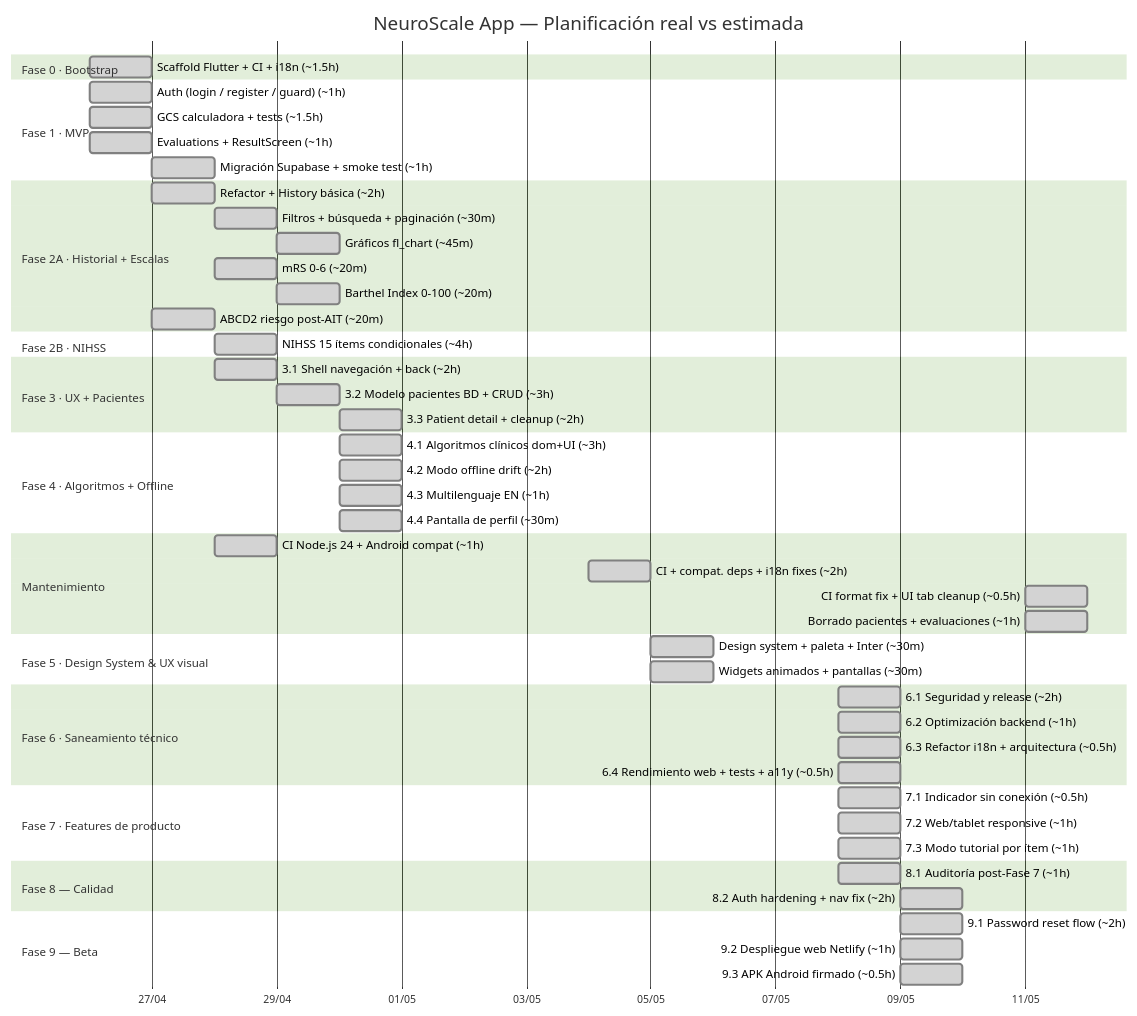
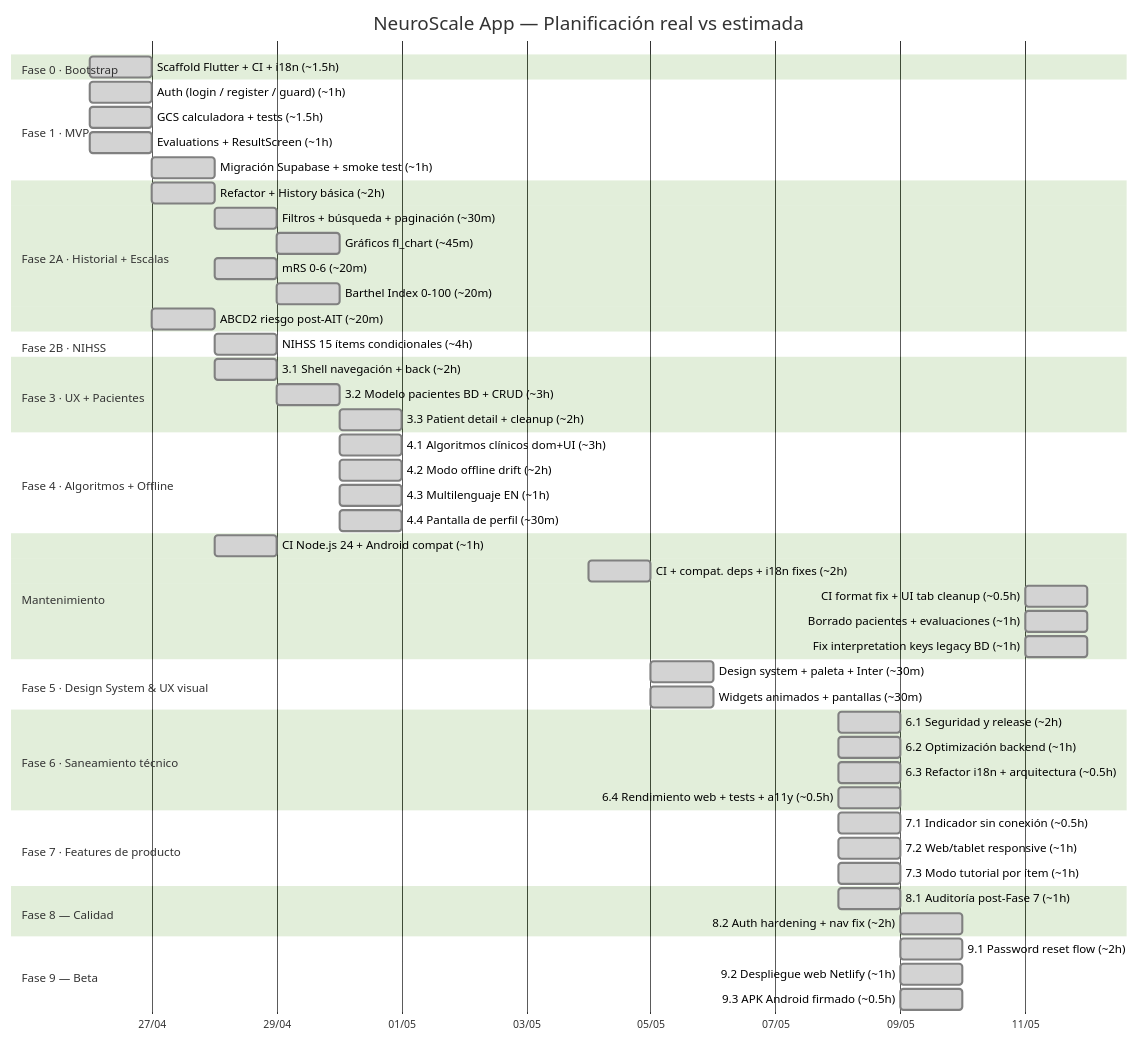
One commit to grisllo/NeuroScaleApp changed the diagram in README.md. Above: the diagram before and after it, drawn with Mermaid (forest theme). The commit also changed other lines of this file, not shown here.

Commit message:
docs(gantt): registrar fix interpretation keys legacy 2026-05-11

````diff
--- a/README.md
+++ b/README.md
@@ -13,65 +13,66 @@
 ```mermaid
 gantt
     title NeuroScale App — Planificación real vs estimada
     dateFormat  YYYY-MM-DD
     axisFormat  %d/%m
 
     section Fase 0 · Bootstrap
     Scaffold Flutter + CI + i18n (~1.5h)      :done, f0,   2026-04-26, 1d
 
     section Fase 1 · MVP
     Auth (login / register / guard) (~1h)     :done, f1a,  2026-04-26, 1d
     GCS calculadora + tests (~1.5h)           :done, f1b,  2026-04-26, 1d
     Evaluations + ResultScreen (~1h)          :done, f1c,  2026-04-26, 1d
     Migración Supabase + smoke test (~1h)     :done, f1d,  2026-04-27, 1d
 
     section Fase 2A · Historial + Escalas
     Refactor + History básica (~2h)           :done, f2a1, 2026-04-27, 1d
     Filtros + búsqueda + paginación (~30m)    :done, f2a2, after f2a1, 1d
     Gráficos fl_chart (~45m)                  :done, f2a3, after f2a2, 1d
     mRS 0-6 (~20m)                            :done, f2a4, after f2a1, 1d
     Barthel Index 0-100 (~20m)                :done, f2a5, after f2a4, 1d
     ABCD2 riesgo post-AIT (~20m)              :done, f2a6, 2026-04-27, 1d
 
     section Fase 2B · NIHSS
     NIHSS 15 ítems condicionales (~4h)        :done, f2b,  2026-04-28, 1d
 
     section Fase 3 · UX + Pacientes
     3.1 Shell navegación + back (~2h)         :done, f3a,  2026-04-28, 1d
     3.2 Modelo pacientes BD + CRUD (~3h)      :done, f3b,  2026-04-29, 1d
     3.3 Patient detail + cleanup (~2h)        :done, f3c,  2026-04-30, 1d
 
     section Fase 4 · Algoritmos + Offline
     4.1 Algoritmos clínicos dom+UI (~3h)      :done, f4a,  2026-04-30, 1d
     4.2 Modo offline drift (~2h)              :done, f4b,  2026-04-30, 1d
     4.3 Multilenguaje EN (~1h)                :done, f4c,  2026-04-30, 1d
     4.4 Pantalla de perfil (~30m)             :done, f4d,  2026-04-30, 1d
 
     section Mantenimiento
     CI Node.js 24 + Android compat (~1h)      :done, mnt0, 2026-04-28, 1d
     CI + compat. deps + i18n fixes (~2h)      :done, mnt,  2026-05-04, 1d
     CI format fix + UI tab cleanup (~0.5h)    :done, mnt2, 2026-05-11, 1d
     Borrado pacientes + evaluaciones (~1h)    :done, mnt3, 2026-05-11, 1d
+    Fix interpretation keys legacy BD (~1h)  :done, mnt4, 2026-05-11, 1d
 
     section Fase 5 · Design System & UX visual
     Design system + paleta + Inter (~30m)     :done, f5a,  2026-05-05, 1d
     Widgets animados + pantallas (~30m)       :done, f5b,  2026-05-05, 1d
 
     section Fase 6 · Saneamiento técnico
     6.1 Seguridad y release (~2h)             :done, f6a,  2026-05-08, 1d
     6.2 Optimización backend (~1h)            :done, f6b,  2026-05-08, 1d
     6.3 Refactor i18n + arquitectura (~0.5h)  :done, f6c,  2026-05-08, 1d
     6.4 Rendimiento web + tests + a11y (~0.5h):done, f6d,  2026-05-08, 1d
 
     section Fase 7 · Features de producto
     7.1 Indicador sin conexión (~0.5h)        :done, f7a,  2026-05-08, 1d
     7.2 Web/tablet responsive (~1h)           :done, f7b,  2026-05-08, 1d
     7.3 Modo tutorial por ítem (~1h)          :done, f7c,  2026-05-08, 1d
     section Fase 8 — Calidad
     8.1 Auditoría post-Fase 7 (~1h)           :done, f8a,  2026-05-08, 1d
     8.2 Auth hardening + nav fix (~2h)        :done, f8b,  2026-05-09, 1d
     section Fase 9 — Beta
     9.1 Password reset flow (~2h)             :done, f9a,  2026-05-09, 1d
     9.2 Despliegue web Netlify (~1h)          :done, f9b,  2026-05-09, 1d
     9.3 APK Android firmado (~0.5h)           :done, f9c,  2026-05-09, 1d
 ```
````
